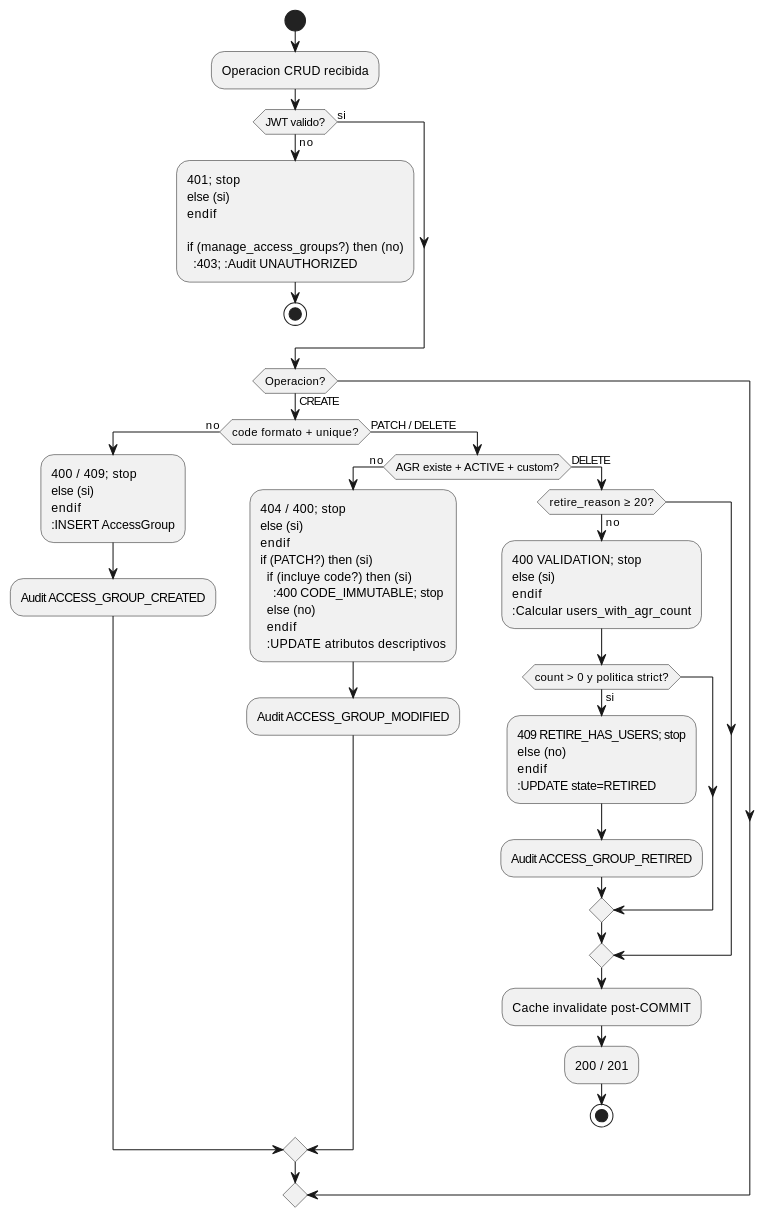
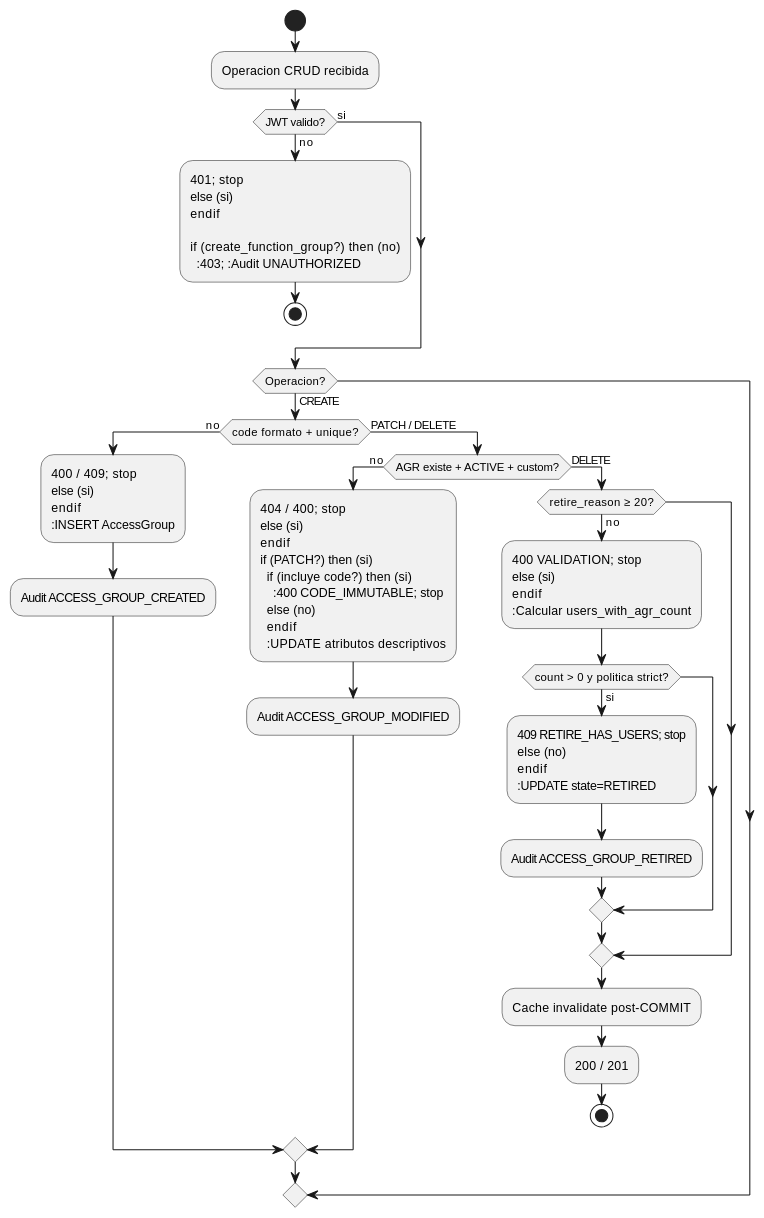
The second of 4 diagrams in source/requisitos/casos-uso/permissions/uc-perm-05/diagramas-uml.rst (jcg-admin/IACT-docs), drawn with PlantUML before and after one commit. The commit also changed other lines of this file and 157 other files, not shown here.

First line of the commit message:
Enforce catalog function names across all diagrams

```diff
--- a/source/requisitos/casos-uso/permissions/uc-perm-05/diagramas-uml.rst
+++ b/source/requisitos/casos-uso/permissions/uc-perm-05/diagramas-uml.rst
@@ -39,60 +39,60 @@
 .. uml::
  :caption: UC_PERM_05 — actividad CRUD
 
  @startuml
 
  start
 
  :Operacion CRUD recibida;
 
  if (JWT valido?) then (no)
    :401; stop
  else (si)
  endif
 
- if (manage_access_groups?) then (no)
+ if (create_function_group?) then (no)
    :403; :Audit UNAUTHORIZED;
    stop
  else (si)
  endif
 
  if (Operacion?) then (CREATE)
    if (code formato + unique?) then (no)
      :400 / 409; stop
    else (si)
    endif
    :INSERT AccessGroup;
    :Audit ACCESS_GROUP_CREATED;
  else (PATCH / DELETE)
    if (AGR existe + ACTIVE + custom?) then (no)
      :404 / 400; stop
    else (si)
    endif
    if (PATCH?) then (si)
      if (incluye code?) then (si)
        :400 CODE_IMMUTABLE; stop
      else (no)
      endif
      :UPDATE atributos descriptivos;
      :Audit ACCESS_GROUP_MODIFIED;
    else (DELETE)
      if (retire_reason ≥ 20?) then (no)
        :400 VALIDATION; stop
      else (si)
      endif
      :Calcular users_with_agr_count;
      if (count > 0 y politica strict?) then (si)
        :409 RETIRE_HAS_USERS; stop
      else (no)
      endif
      :UPDATE state=RETIRED;
      :Audit ACCESS_GROUP_RETIRED;
    endif
  endif
 
  :Cache invalidate post-COMMIT;
  :200 / 201;
 
  stop
 
  @enduml
```
